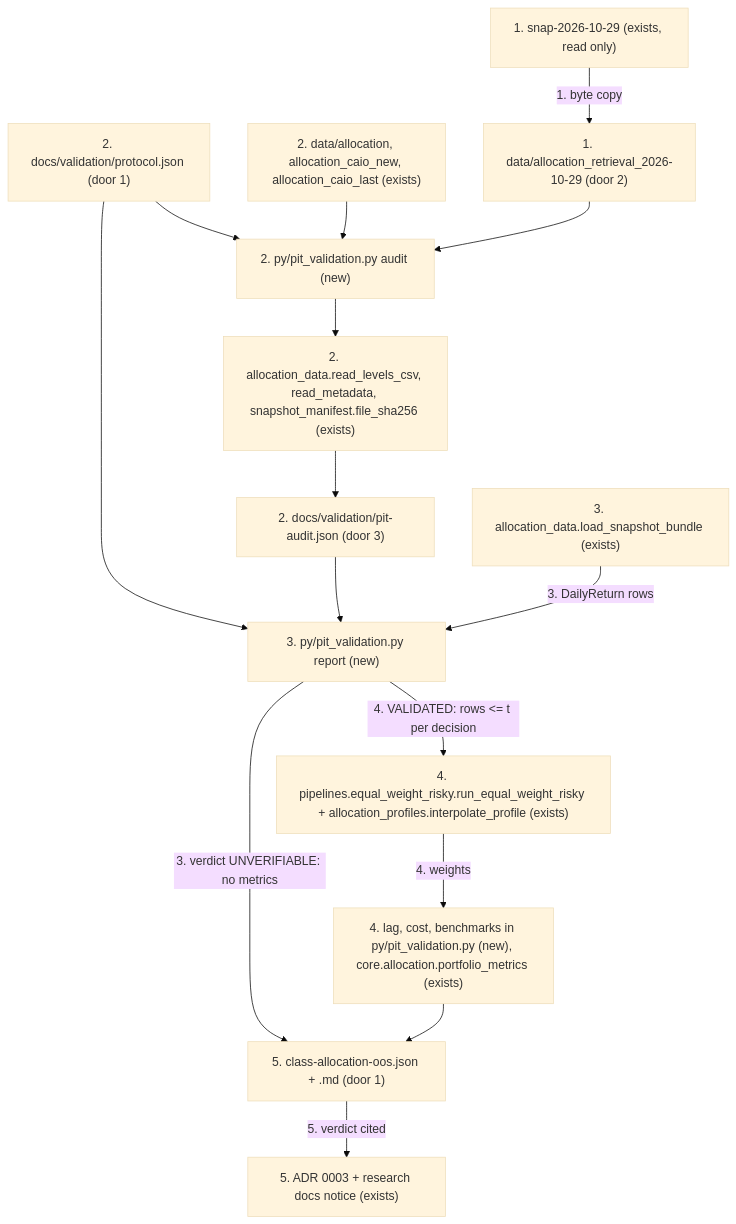
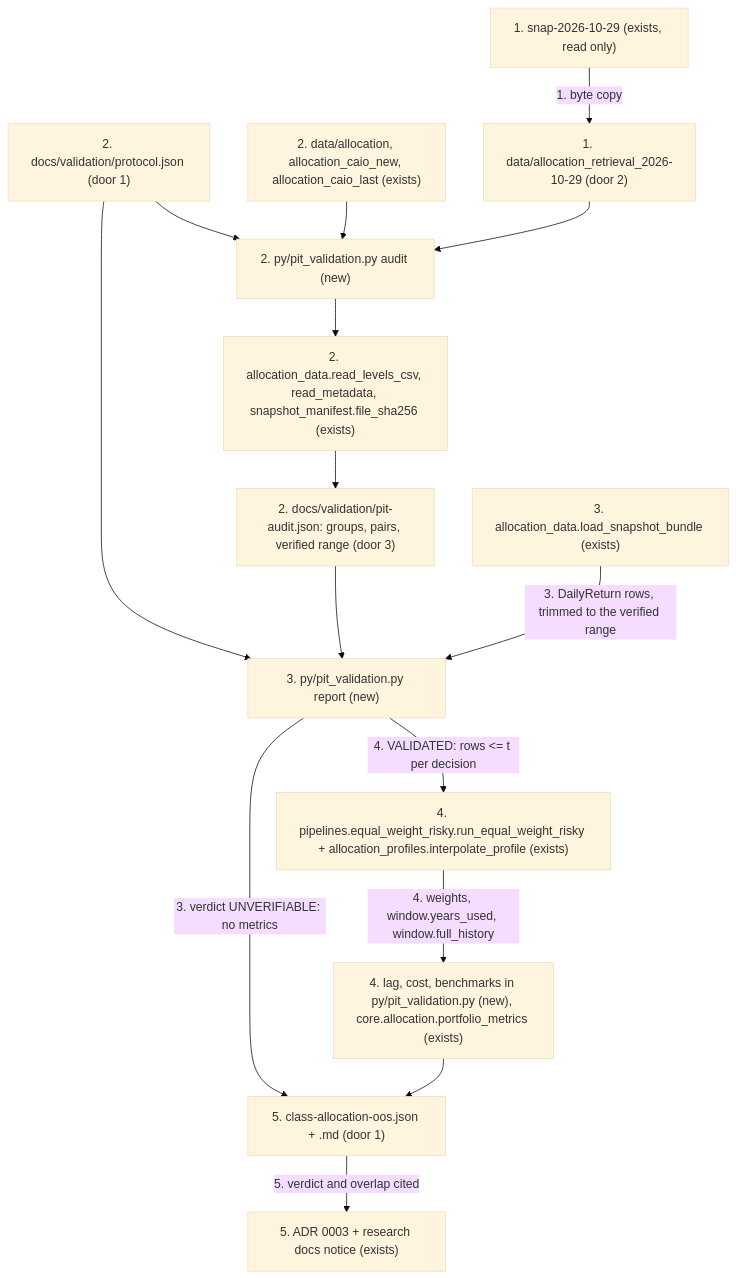
The first of 2 diagrams in .specs/features/pit-oos-validation/plan.md (caiomugarte/TCC), drawn with Mermaid (base theme) before and after one commit. The commit also changed other lines of this file and 1 other file, not shown here.

First line of the commit message:
docs(spec): address review of point-in-time validation plan (#10)

````diff
--- a/.specs/features/pit-oos-validation/plan.md
+++ b/.specs/features/pit-oos-validation/plan.md
@@ -66,17 +74,17 @@
 ```mermaid
 flowchart TD
     S["1. snap-2026-10-29 (exists, read only)"] -->|"1. byte copy"| R2["1. data/allocation_retrieval_2026-10-29 (door 2)"]
     P["2. docs/validation/protocol.json (door 1)"] --> A["2. py/pit_validation.py audit (new)"]
     R1["2. data/allocation, allocation_caio_new, allocation_caio_last (exists)"] --> A
     R2 --> A
     A --> IO["2. allocation_data.read_levels_csv, read_metadata, snapshot_manifest.file_sha256 (exists)"]
-    IO --> AJ["2. docs/validation/pit-audit.json (door 3)"]
+    IO --> AJ["2. docs/validation/pit-audit.json: groups, pairs, verified range (door 3)"]
     P --> RP["3. py/pit_validation.py report (new)"]
     AJ --> RP
-    L["3. allocation_data.load_snapshot_bundle (exists)"] -->|"3. DailyReturn rows"| RP
+    L["3. allocation_data.load_snapshot_bundle (exists)"] -->|"3. DailyReturn rows, trimmed to the verified range"| RP
     RP -->|"3. verdict UNVERIFIABLE: no metrics"| OUT["5. class-allocation-oos.json + .md (door 1)"]
     RP -->|"4. VALIDATED: rows <= t per decision"| EW["4. pipelines.equal_weight_risky.run_equal_weight_risky + allocation_profiles.interpolate_profile (exists)"]
-    EW -->|"4. weights"| SIM["4. lag, cost, benchmarks in py/pit_validation.py (new), core.allocation.portfolio_metrics (exists)"]
+    EW -->|"4. weights, window.years_used, window.full_history"| SIM["4. lag, cost, benchmarks in py/pit_validation.py (new), core.allocation.portfolio_metrics (exists)"]
     SIM --> OUT
-    OUT -->|"5. verdict cited"| DOCS["5. ADR 0003 + research docs notice (exists)"]
+    OUT -->|"5. verdict and overlap cited"| DOCS["5. ADR 0003 + research docs notice (exists)"]
 ```
````
